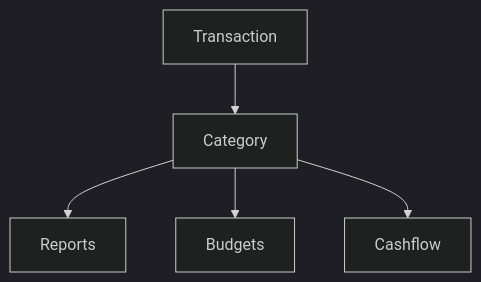
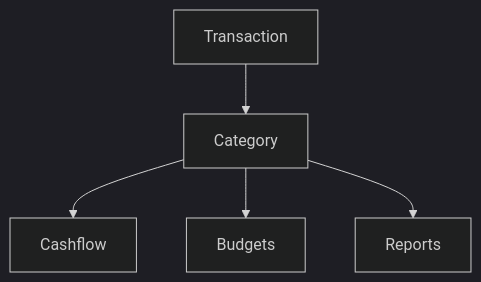
One commit to alexmartinezm/whisper-money changed the diagram in resources/docs/documentation/en/categories.md. Above: the diagram before and after it, drawn with Mermaid (dark theme). The commit also changed other lines of this file and 17 other files, not shown here.

````diff
--- a/resources/docs/documentation/en/categories.md
+++ b/resources/docs/documentation/en/categories.md
@@ -22,7 +18,7 @@
 ```mermaid
 flowchart TD
     transaction[Transaction] --> category[Category]
+    category --> cashflow[Cashflow]
+    category --> budgets[Budgets]
     category --> reports[Reports]
-    category --> budgets[Budgets]
-    category --> cashflow[Cashflow]
 ```
````
